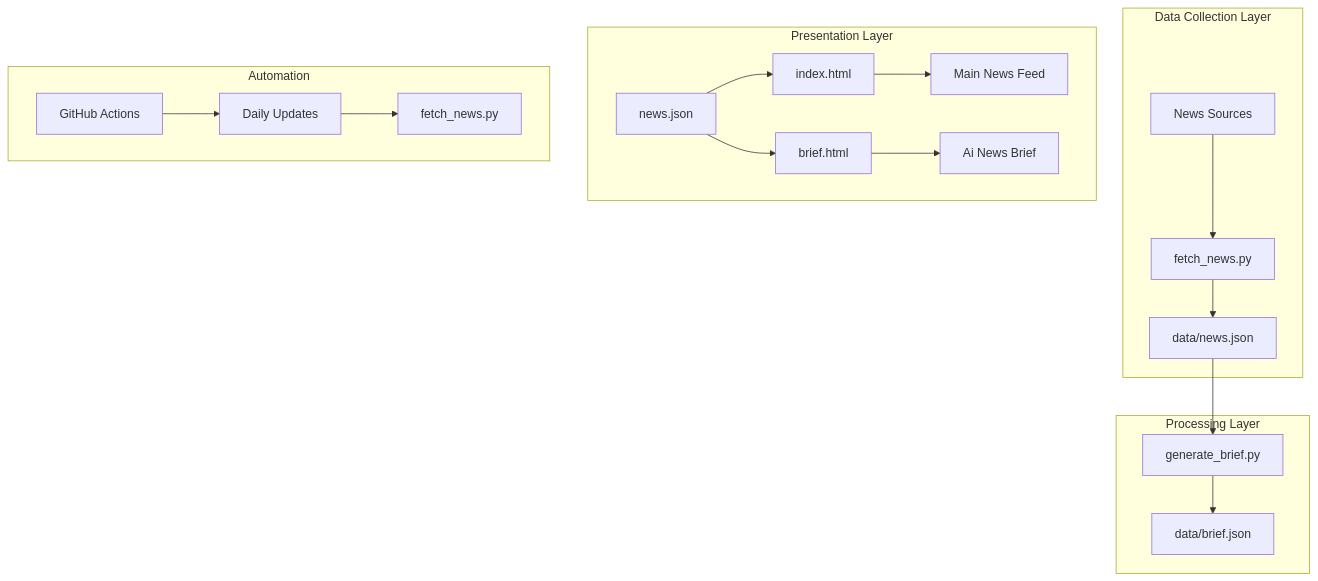
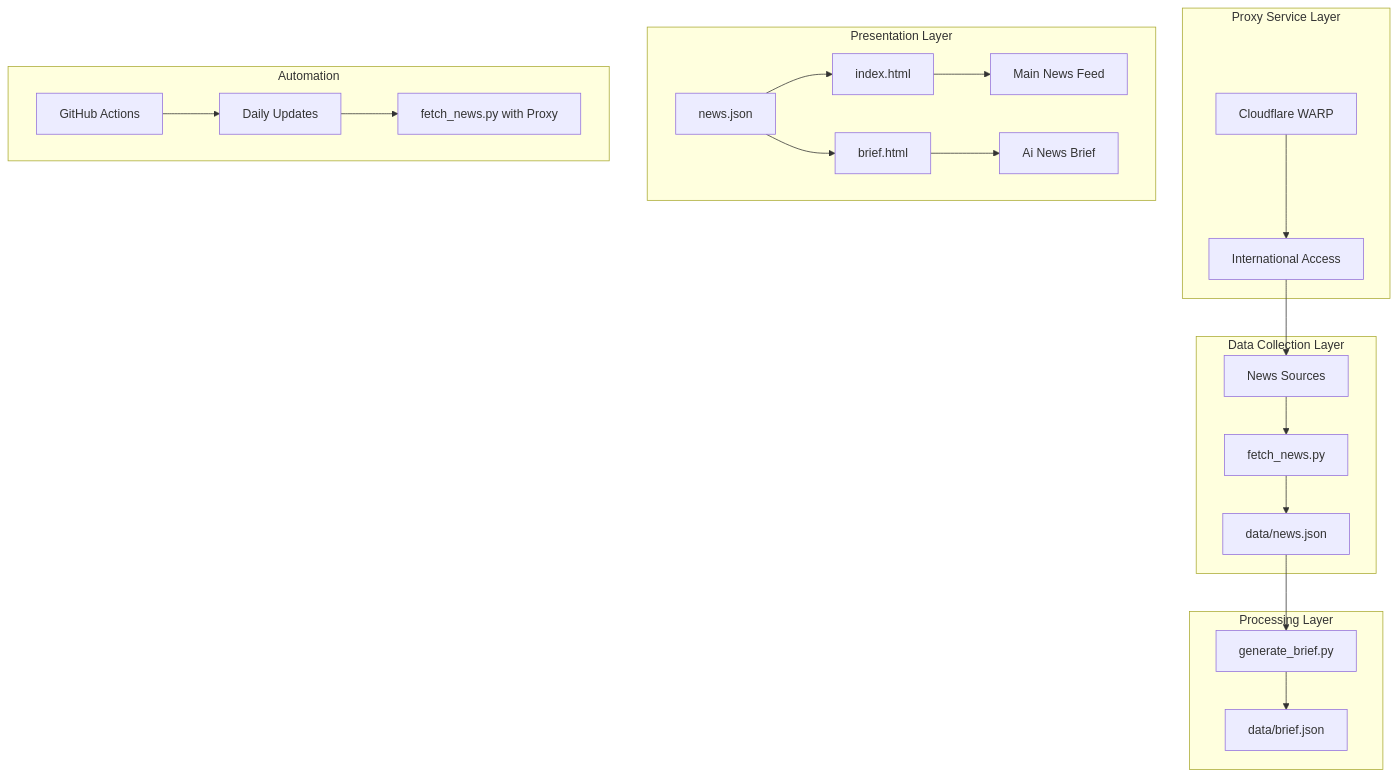
One commit to junxie01/daily_news changed the diagram in .qoder/repowiki/en/content/Integration Guide.md. Above: the diagram before and after it, drawn with Mermaid. The commit also changed other lines of this file and 5 other files, not shown here.

````diff
--- a/.qoder/repowiki/en/content/Integration Guide.md
+++ b/.qoder/repowiki/en/content/Integration Guide.md
@@ -40,21 +53,25 @@
 ```mermaid
 graph TB
 subgraph "Data Collection Layer"
 A[News Sources] --> B[fetch_news.py]
 B --> C[data/news.json]
 end
+subgraph "Proxy Service Layer"
+D[Cloudflare WARP] --> E[International Access]
+E --> A
+end
 subgraph "Processing Layer"
-C --> D[generate_brief.py]
-D --> E[data/brief.json]
+C --> F[generate_brief.py]
+F --> G[data/brief.json]
 end
 subgraph "Presentation Layer"
-F[index.html] --> G[Main News Feed]
-H[brief.html] --> I[Ai News Brief]
-J[news.json] --> F
-J --> H
+H[index.html] --> I[Main News Feed]
+J[brief.html] --> K[Ai News Brief]
+L[news.json] --> H
+L --> J
 end
 subgraph "Automation"
-K[GitHub Actions] --> L[Daily Updates]
-L --> M[fetch_news.py]
+M[GitHub Actions] --> N[Daily Updates]
+N --> O[fetch_news.py with Proxy]
 end
 ```
````
